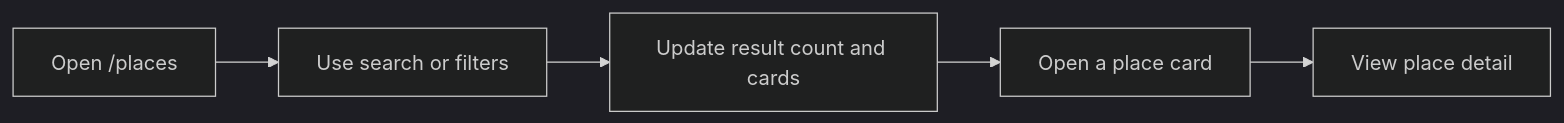
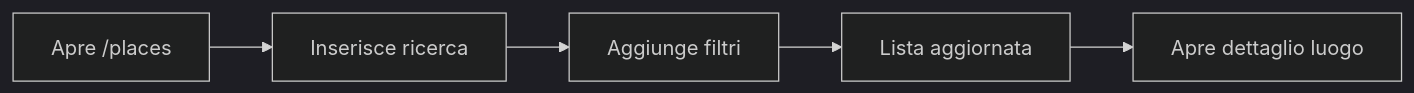
Before and after one commit to ricpastori/Progetto_Academy_MrDTwice: the fourth of 6 diagrams in docs/information-architecture.md, drawn with Mermaid (dark theme). The commit also changed other lines of this file and 24 other files, not shown here.

````diff
--- a/docs/information-architecture.md
+++ b/docs/information-architecture.md
@@ -90,7 +92,7 @@
 ```mermaid
 flowchart LR
-  A["Open /places"] --> B["Use search or filters"]
-  B --> C["Update result count and cards"]
-  C --> D["Open a place card"]
-  D --> E["View place detail"]
+  A["Apre /places"] --> B["Inserisce ricerca"]
+  B --> C["Aggiunge filtri"]
+  C --> D["Lista aggiornata"]
+  D --> E["Apre dettaglio luogo"]
 ```
````
